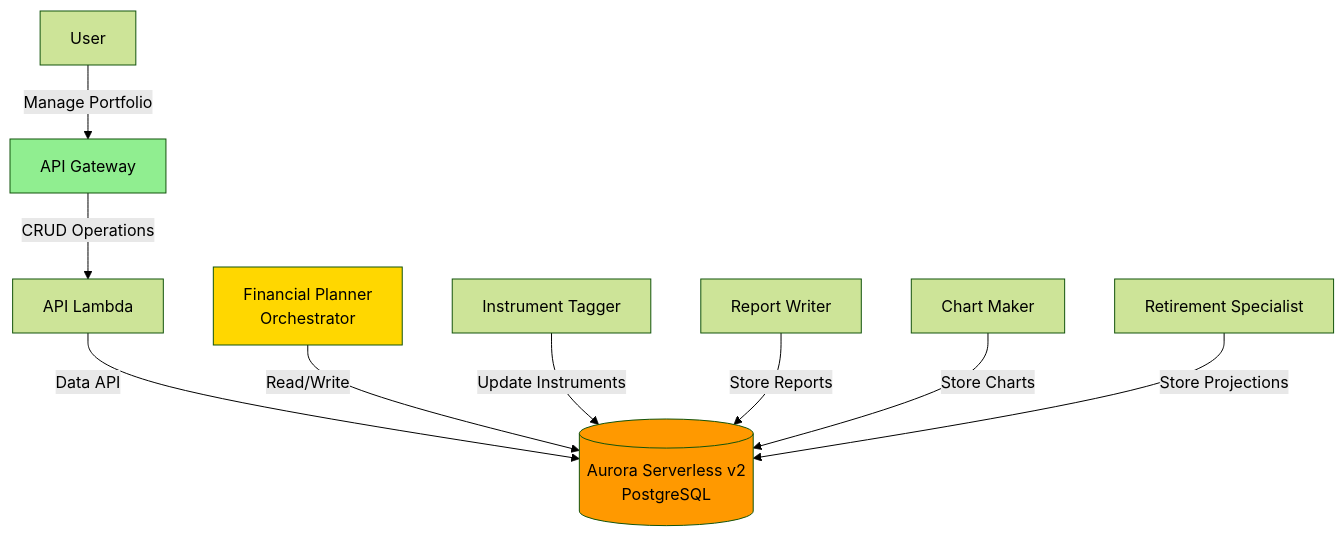
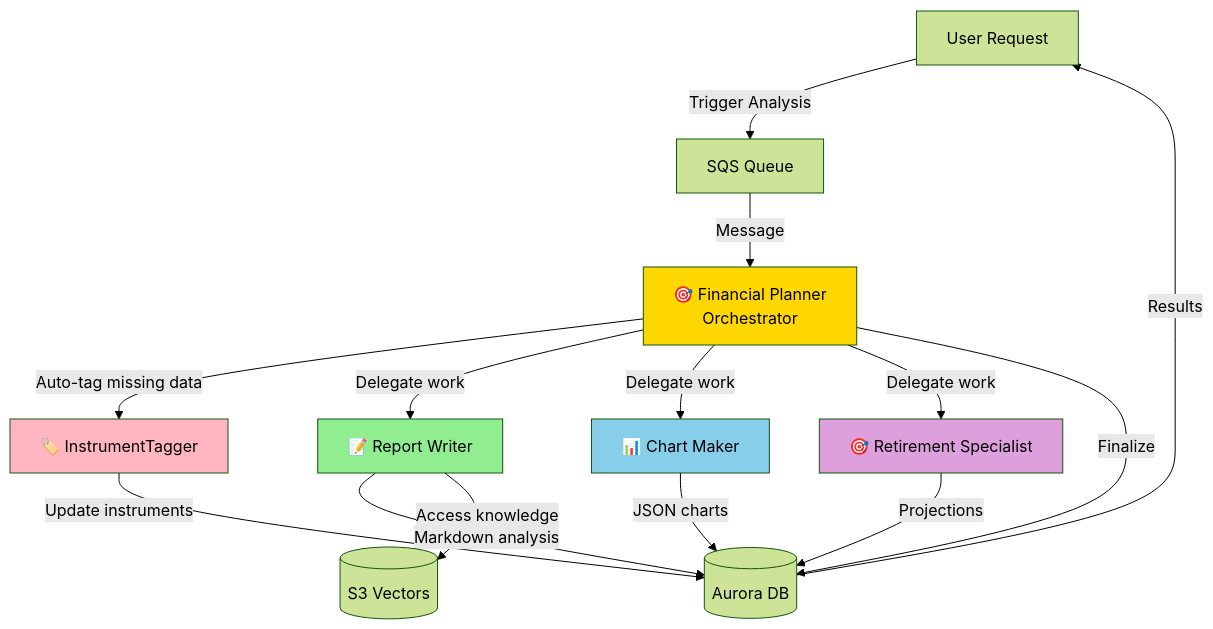
One commit to Ch3rry-Pi3-AI/LLMOps-Financial-Planner changed the diagram in README.md. Above: the diagram before and after it, drawn with Mermaid (forest theme). The commit also changed other lines of this file and 10 other files, not shown here.

````diff
--- a/README.md
+++ b/README.md
@@ -51,16 +53,27 @@
 ```mermaid
 graph TB
-    User[User] -->|Manage Portfolio| API[API Gateway]
-    API -->|CRUD Operations| Lambda[API Lambda]
-    Lambda -->|Data API| Aurora[(Aurora Serverless v2<br/>PostgreSQL)]
-
-    Planner[Financial Planner<br/>Orchestrator] -->|Read/Write| Aurora
-    Tagger[Instrument Tagger] -->|Update Instruments| Aurora
-    Reporter[Report Writer] -->|Store Reports| Aurora
-    Charter[Chart Maker] -->|Store Charts| Aurora
-    Retirement[Retirement Specialist] -->|Store Projections| Aurora
-
-    style Aurora fill:#FF9900
+    User[User Request] -->|Trigger Analysis| SQS[SQS Queue]
+    SQS -->|Message| Planner[🎯 Financial Planner<br/>Orchestrator]
+    
+    Planner -->|Auto-tag missing data| Tagger[🏷️ InstrumentTagger]
+    Tagger -->|Update instruments| DB[(Aurora DB)]
+    
+    Planner -->|Delegate work| Reporter[📝 Report Writer]
+    Planner -->|Delegate work| Charter[📊 Chart Maker]
+    Planner -->|Delegate work| Retirement[🎯 Retirement Specialist]
+    
+    Reporter -->|Markdown analysis| DB
+    Charter -->|JSON charts| DB
+    Retirement -->|Projections| DB
+    
+    Reporter -->|Access knowledge| S3V[(S3 Vectors)]
+    
+    Planner -->|Finalize| DB
+    DB -->|Results| User
+    
     style Planner fill:#FFD700
-    style API fill:#90EE90
+    style Reporter fill:#90EE90
+    style Charter fill:#87CEEB
+    style Retirement fill:#DDA0DD
+    style Tagger fill:#FFB6C1
 ```
````
